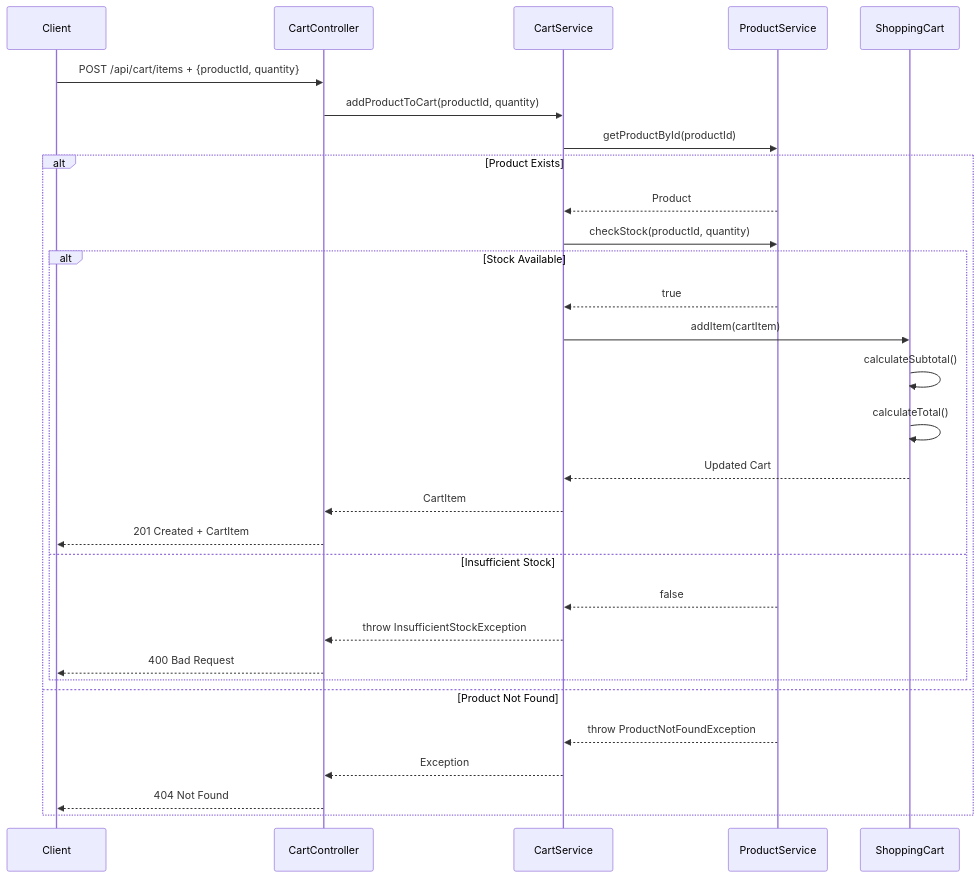
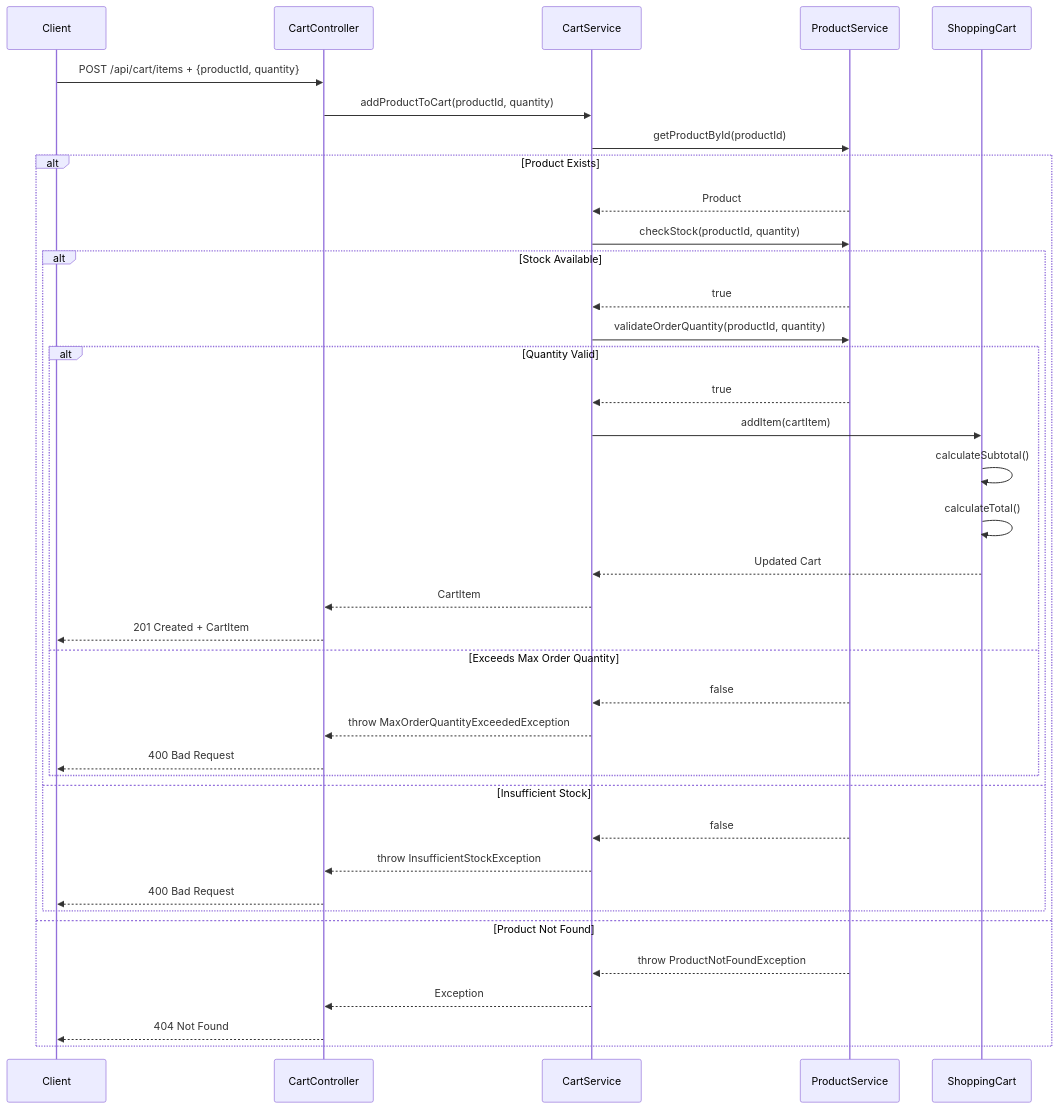
The tenth of 14 diagrams in docs/LLD/lld.md (NavneetBN47/aava-ecom-demo), drawn with Mermaid before and after one commit. The commit also changed other lines of this file, not shown here.

````diff
--- a/docs/LLD/lld.md
+++ b/docs/LLD/lld.md
@@ -444,35 +454,44 @@
 ```mermaid
 sequenceDiagram
     participant Client
     participant CartController
     participant CartService
     participant ProductService
     participant ShoppingCart
 
     Client->>CartController: POST /api/cart/items + {productId, quantity}
     CartController->>CartService: addProductToCart(productId, quantity)
     CartService->>ProductService: getProductById(productId)
     
     alt Product Exists
         ProductService-->>CartService: Product
         CartService->>ProductService: checkStock(productId, quantity)
         
         alt Stock Available
             ProductService-->>CartService: true
-            CartService->>ShoppingCart: addItem(cartItem)
-            ShoppingCart->>ShoppingCart: calculateSubtotal()
-            ShoppingCart->>ShoppingCart: calculateTotal()
-            ShoppingCart-->>CartService: Updated Cart
-            CartService-->>CartController: CartItem
-            CartController-->>Client: 201 Created + CartItem
+            CartService->>ProductService: validateOrderQuantity(productId, quantity)
+            
+            alt Quantity Valid
+                ProductService-->>CartService: true
+                CartService->>ShoppingCart: addItem(cartItem)
+                ShoppingCart->>ShoppingCart: calculateSubtotal()
+                ShoppingCart->>ShoppingCart: calculateTotal()
+                ShoppingCart-->>CartService: Updated Cart
+                CartService-->>CartController: CartItem
+                CartController-->>Client: 201 Created + CartItem
+            else Exceeds Max Order Quantity
+                ProductService-->>CartService: false
+                CartService-->>CartController: throw MaxOrderQuantityExceededException
+                CartController-->>Client: 400 Bad Request
+            end
         else Insufficient Stock
             ProductService-->>CartService: false
             CartService-->>CartController: throw InsufficientStockException
             CartController-->>Client: 400 Bad Request
         end
     else Product Not Found
         ProductService-->>CartService: throw ProductNotFoundException
         CartService-->>CartController: Exception
         CartController-->>Client: 404 Not Found
     end
 ```
````
